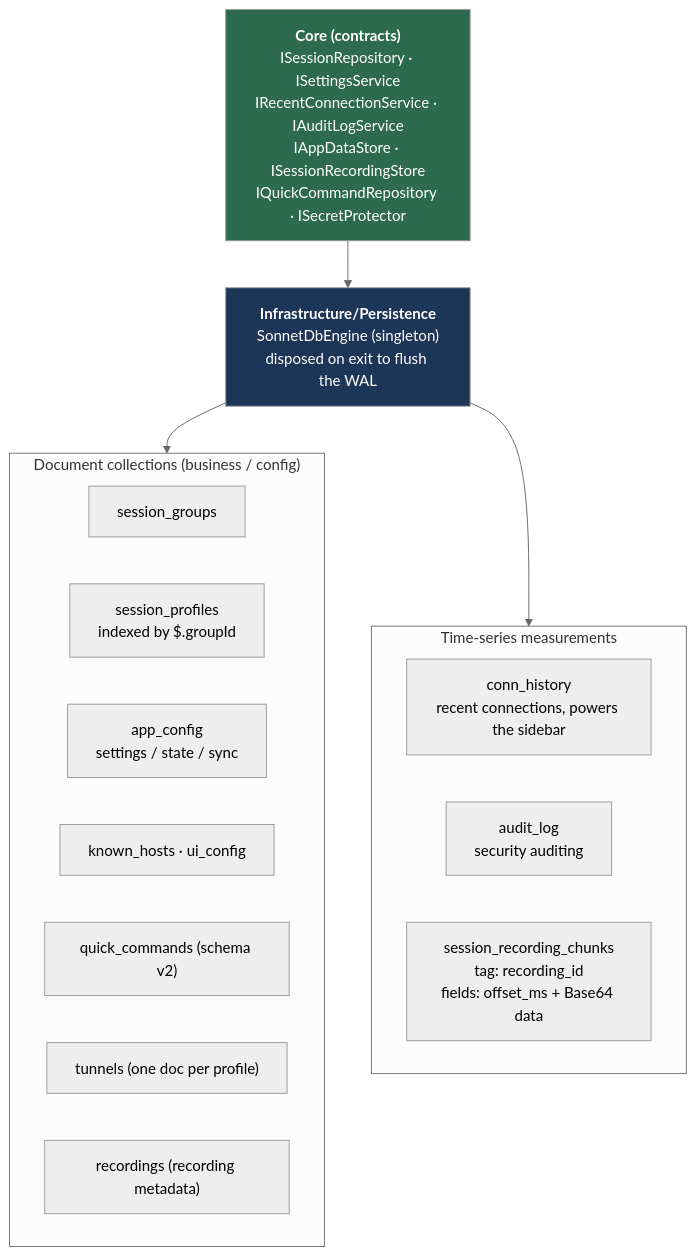
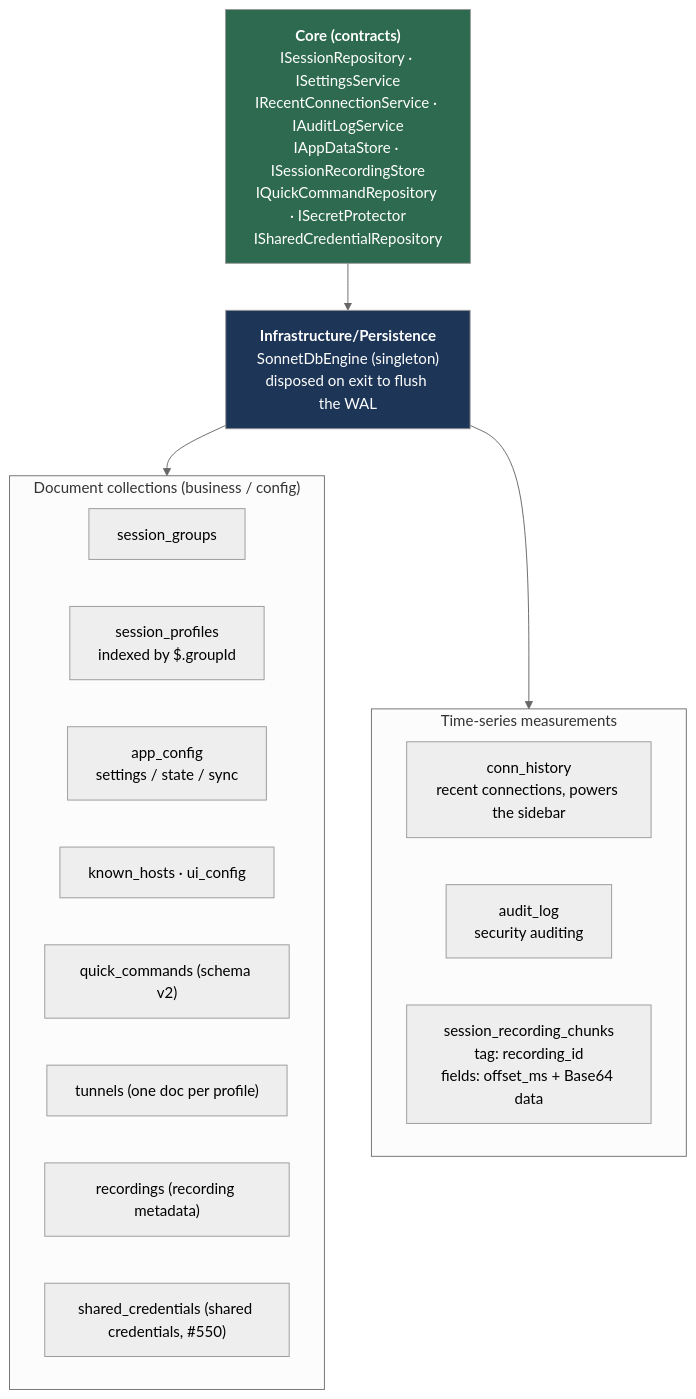
Before and after one commit to VelaShellLabs/velashell-docs: the fourth of 6 diagrams in en/host/architecture.md, drawn with Mermaid (neutral theme). The commit also changed other lines of this file and 8 other files, not shown here.

````diff
--- a/en/host/architecture.md
+++ b/en/host/architecture.md
@@ -397,28 +397,29 @@
 ```mermaid
 graph TD
-    I1["<b>Core (contracts)</b><br/>ISessionRepository · ISettingsService<br/>IRecentConnectionService · IAuditLogService<br/>IAppDataStore · ISessionRecordingStore<br/>IQuickCommandRepository · ISecretProtector"]
+    I1["<b>Core (contracts)</b><br/>ISessionRepository · ISettingsService<br/>IRecentConnectionService · IAuditLogService<br/>IAppDataStore · ISessionRecordingStore<br/>IQuickCommandRepository · ISecretProtector<br/>ISharedCredentialRepository"]
     E["<b>Infrastructure/Persistence</b><br/>SonnetDbEngine (singleton)<br/>disposed on exit to flush the WAL"]
 
     subgraph Doc["Document collections (business / config)"]
         D1["session_groups"]
         D2["session_profiles<br/>indexed by $.groupId"]
         D3["app_config<br/>settings / state / sync"]
         D4["known_hosts · ui_config"]
         D5["quick_commands (schema v2)"]
         D6["tunnels (one doc per profile)"]
         D7["recordings (recording metadata)"]
+        D8["shared_credentials (shared credentials, #550)"]
     end
 
     subgraph TS["Time-series measurements"]
         T1["conn_history<br/>recent connections, powers the sidebar"]
         T2["audit_log<br/>security auditing"]
         T3["session_recording_chunks<br/>tag: recording_id<br/>fields: offset_ms + Base64 data"]
     end
 
     I1 --> E
     E --> Doc
     E --> TS
 
     style I1 fill:#2d6a4f,color:#fff
     style E fill:#1d3557,color:#fff
 ```
````
